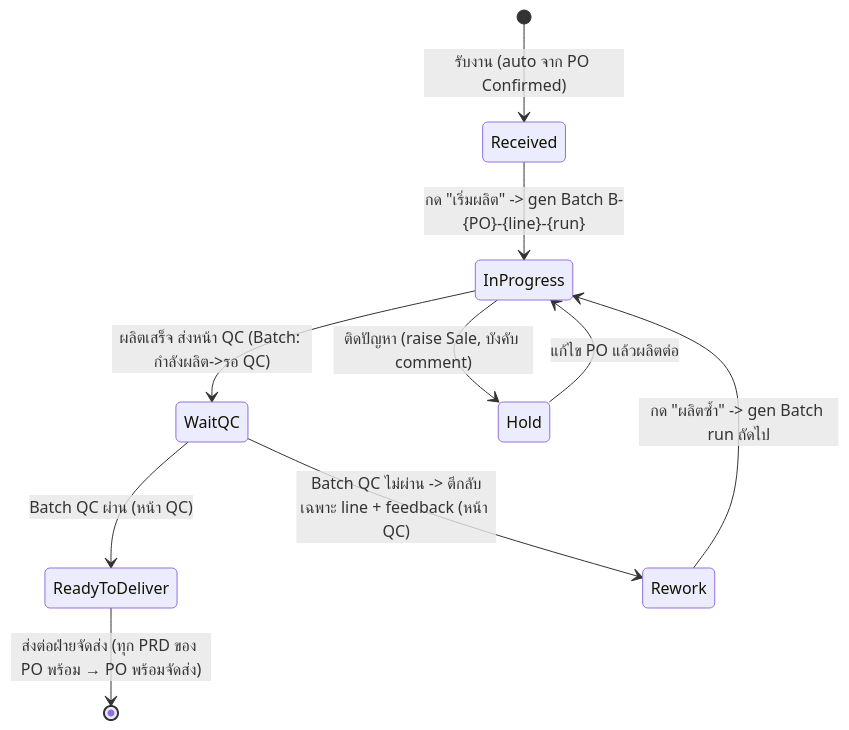
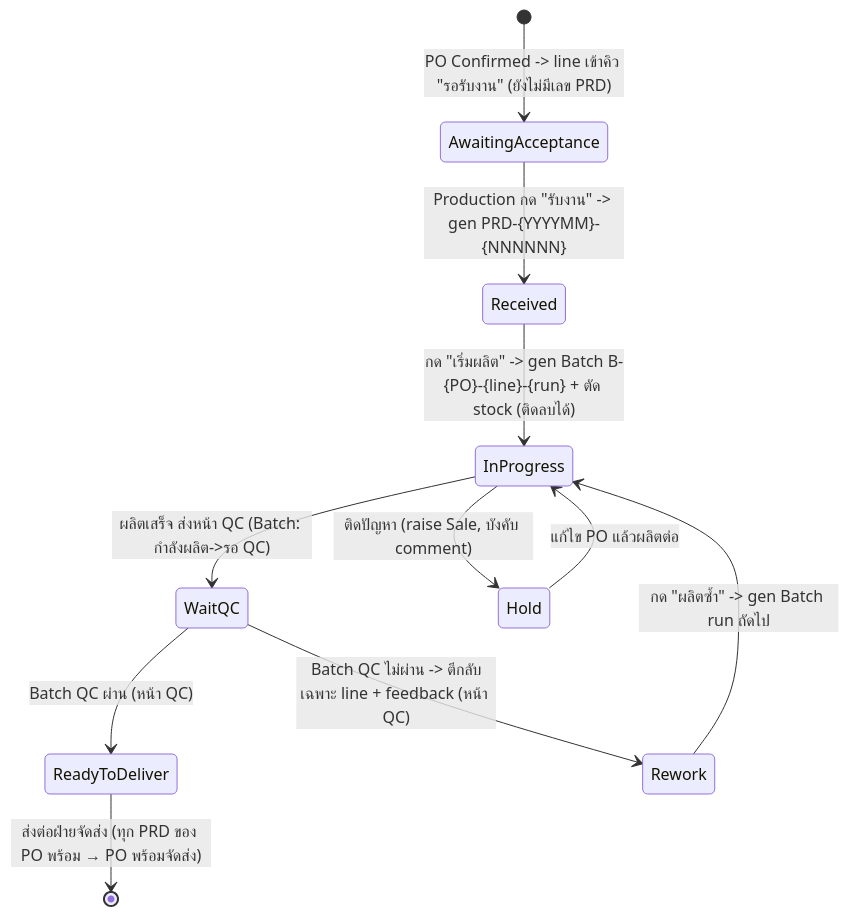
Before and after one commit to sitthi-phat/erp-cosmetics-manufacturing-module: the fourth of 7 diagrams in docs/requirements/erp-v2-ui-first/status-journeys.md, drawn with Mermaid. The commit also changed other lines of this file and 3 other files, not shown here.

Commit message:
pipeline(erp-v2-ui-first): po synced PRD manual-accept + negative-stock rules; deletion-policy.md drafted

````diff
--- a/docs/requirements/erp-v2-ui-first/status-journeys.md
+++ b/docs/requirements/erp-v2-ui-first/status-journeys.md
@@ -96,12 +99,13 @@
 ```mermaid
 stateDiagram-v2
-    [*] --> Received: รับงาน (auto จาก PO Confirmed)
-    Received --> InProgress: กด "เริ่มผลิต" -> gen Batch B-{PO}-{line}-{run}
+    [*] --> AwaitingAcceptance: PO Confirmed -> line เข้าคิว "รอรับงาน" (ยังไม่มีเลข PRD)
+    AwaitingAcceptance --> Received: Production กด "รับงาน" -> gen PRD-{YYYYMM}-{NNNNNN}
+    Received --> InProgress: กด "เริ่มผลิต" -> gen Batch B-{PO}-{line}-{run} + ตัด stock (ติดลบได้)
     InProgress --> WaitQC: ผลิตเสร็จ ส่งหน้า QC (Batch: กำลังผลิต->รอ QC)
     WaitQC --> ReadyToDeliver: Batch QC ผ่าน (หน้า QC)
     WaitQC --> Rework: Batch QC ไม่ผ่าน -> ตีกลับเฉพาะ line + feedback (หน้า QC)
     Rework --> InProgress: กด "ผลิตซ้ำ" -> gen Batch run ถัดไป
     InProgress --> Hold: ติดปัญหา (raise Sale, บังคับ comment)
     Hold --> InProgress: แก้ไข PO แล้วผลิตต่อ
     ReadyToDeliver --> [*]: ส่งต่อฝ่ายจัดส่ง (ทุก PRD ของ PO พร้อม → PO พร้อมจัดส่ง)
 ```
````
